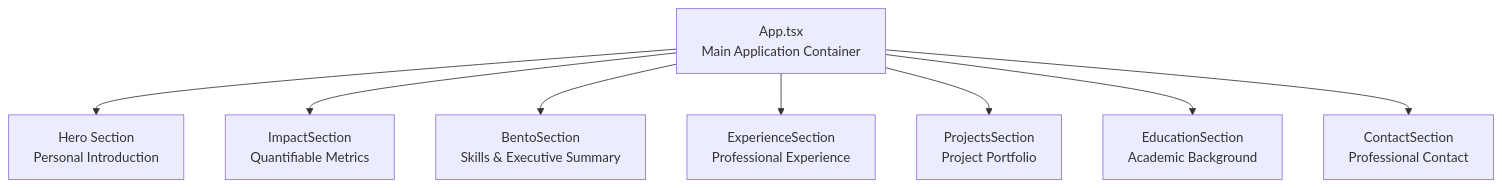
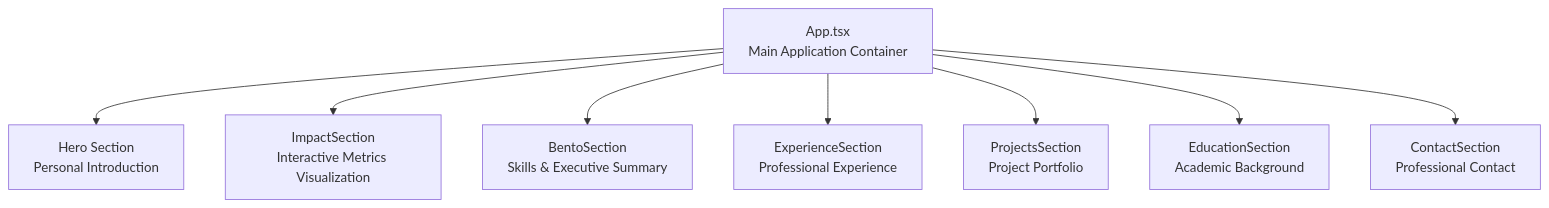
The first of 7 diagrams in .qoder/repowiki/en/content/Component Library & UI Elements/ImpactSection Component.md (subash7781/Portfolio), drawn with Mermaid before and after one commit. The commit also changed other lines of this file and 8 other files, not shown here.

````diff
--- a/.qoder/repowiki/en/content/Component Library & UI Elements/ImpactSection Component.md
+++ b/.qoder/repowiki/en/content/Component Library & UI Elements/ImpactSection Component.md
@@ -38,10 +41,10 @@
 ```mermaid
 graph TB
 App["App.tsx<br/>Main Application Container"] --> Hero["Hero Section<br/>Personal Introduction"]
-App --> Impact["ImpactSection<br/>Quantifiable Metrics"]
+App --> Impact["ImpactSection<br/>Interactive Metrics Visualization"]
 App --> Bento["BentoSection<br/>Skills & Executive Summary"]
 App --> Experience["ExperienceSection<br/>Professional Experience"]
 App --> Projects["ProjectsSection<br/>Project Portfolio"]
 App --> Education["EducationSection<br/>Academic Background"]
 App --> Contact["ContactSection<br/>Professional Contact"]
 ```
````
